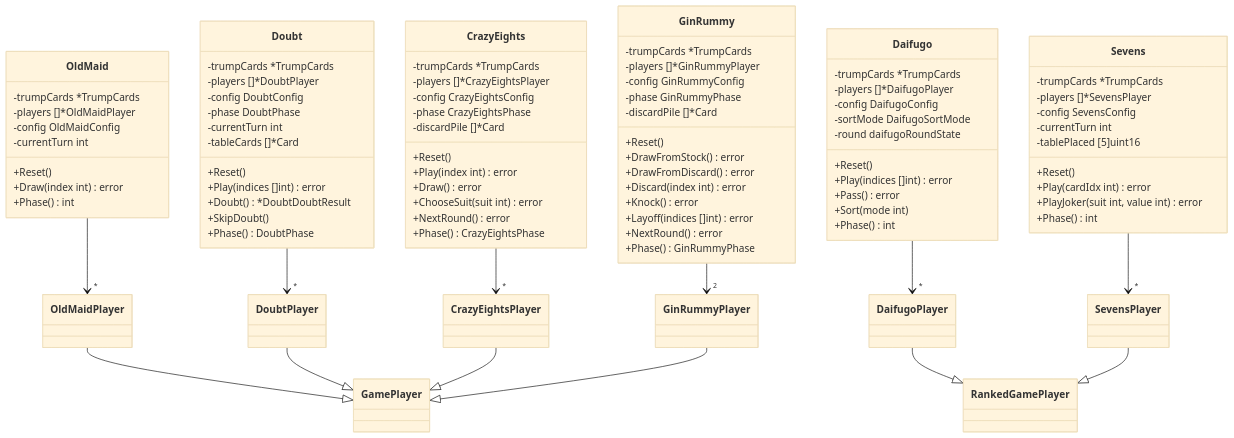
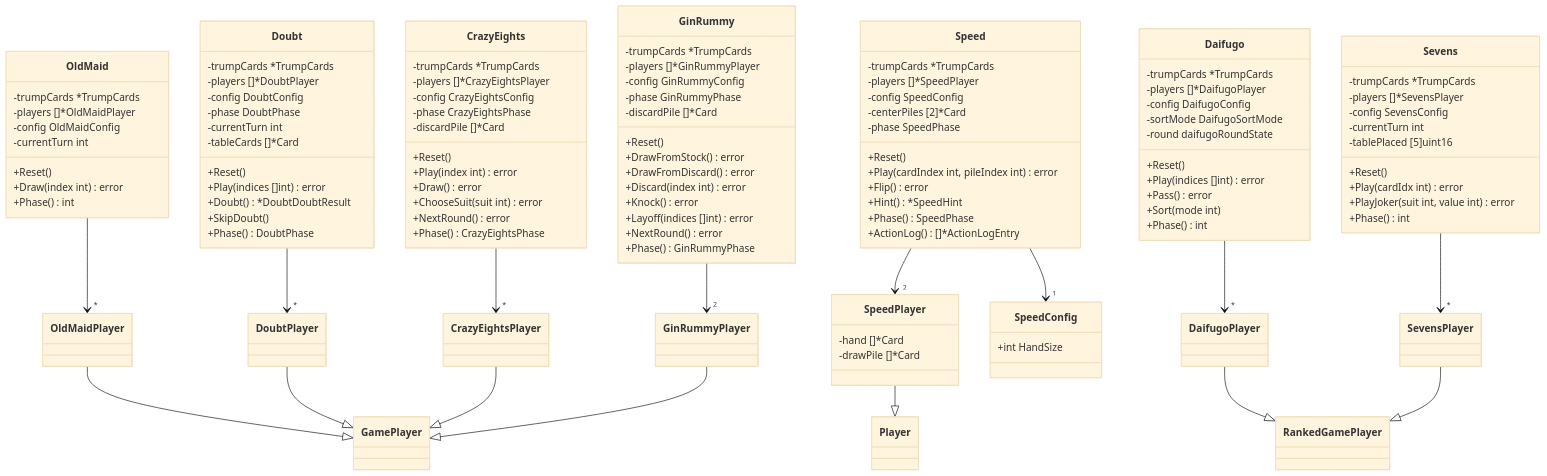
One commit to yuta-yoshinaga/go_trumpcards changed the sixth of 41 diagrams in docs/design/backend.md. Above: the diagram before and after it, drawn with Mermaid (base theme). The commit also changed other lines of this file and 48 other files, not shown here.

First line of the commit message:
feat: add Speed card game (#1055)

````diff
--- a/docs/design/backend.md
+++ b/docs/design/backend.md
@@ -650,16 +652,42 @@
         +Phase() GinRummyPhase
     }
 
+    class Speed {
+        -trumpCards *TrumpCards
+        -players []*SpeedPlayer
+        -config SpeedConfig
+        -centerPiles [2]*Card
+        -phase SpeedPhase
+        +Reset()
+        +Play(cardIndex int, pileIndex int) error
+        +Flip() error
+        +Hint() *SpeedHint
+        +Phase() SpeedPhase
+        +ActionLog() []*ActionLogEntry
+    }
+
+    class SpeedPlayer {
+        -hand []*Card
+        -drawPile []*Card
+    }
+
+    class SpeedConfig {
+        +int HandSize
+    }
+
     OldMaid --> "*" OldMaidPlayer
     Daifugo --> "*" DaifugoPlayer
     Sevens --> "*" SevensPlayer
     Doubt --> "*" DoubtPlayer
     CrazyEights --> "*" CrazyEightsPlayer
     GinRummy --> "2" GinRummyPlayer
+    Speed --> "2" SpeedPlayer
+    Speed --> "1" SpeedConfig
     OldMaidPlayer --|> GamePlayer
     DaifugoPlayer --|> RankedGamePlayer
     SevensPlayer --|> RankedGamePlayer
     DoubtPlayer --|> GamePlayer
     CrazyEightsPlayer --|> GamePlayer
     GinRummyPlayer --|> GamePlayer
+    SpeedPlayer --|> Player
 ```
````
